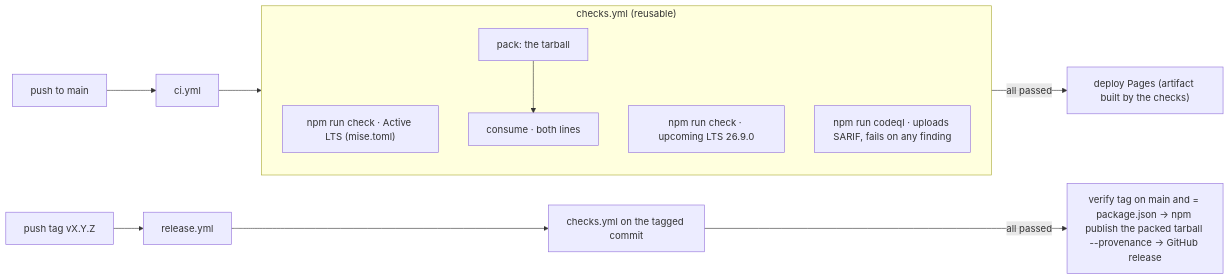
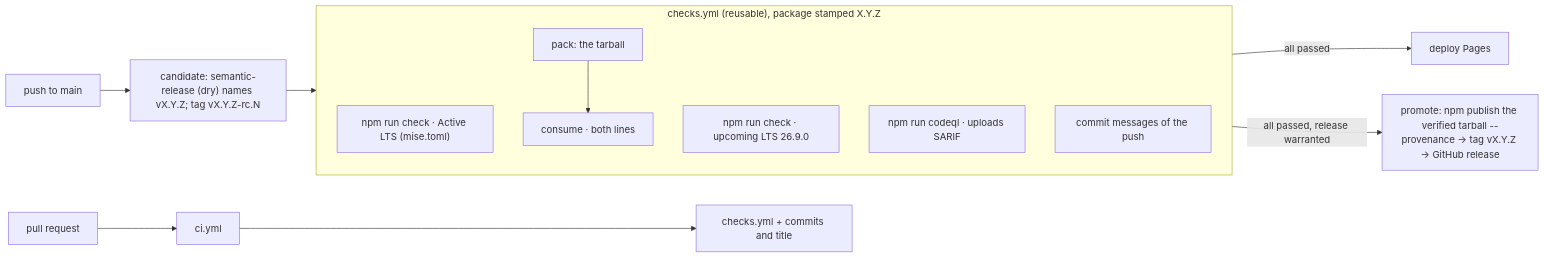
One commit to dotcarls/fence.js changed the diagram in docs/toolchain/release-process.md. Above: the diagram before and after it, drawn with Mermaid. The commit also changed other lines of this file and 38 other files, not shown here.

First line of the commit message:
ci: release from trunk with semantic-release and require Conventional Commits

````diff
--- a/docs/toolchain/release-process.md
+++ b/docs/toolchain/release-process.md
@@ -18,13 +23,15 @@
 ```mermaid
 flowchart LR
-    subgraph checks["checks.yml (reusable)"]
+    push["push to main"] --> cand["candidate: semantic-release (dry) names vX.Y.Z; tag vX.Y.Z-rc.N"]
+    cand --> checks
+    subgraph checks["checks.yml (reusable), package stamped X.Y.Z"]
         c1["npm run check · Active LTS (mise.toml)"]
         c2["npm run check · upcoming LTS 26.9.0"]
-        c5b["pack: the tarball"] --> c4["consume · both lines"]
-        c5["npm run codeql · uploads SARIF, fails on any finding"]
+        c3["pack: the tarball"] --> c4["consume · both lines"]
+        c5["npm run codeql · uploads SARIF"]
+        c6["commit messages of the push"]
     end
-    push["push to main"] --> ci["ci.yml"] --> checks
-    checks -->|all passed| pages["deploy Pages (artifact built by the checks)"]
-    tag["push tag vX.Y.Z"] --> rel["release.yml"] --> checks2["checks.yml on the tagged commit"]
-    checks2 -->|all passed| publish["verify tag on main and = package.json → npm publish the packed tarball --provenance → GitHub release"]
+    checks -->|all passed| pages["deploy Pages"]
+    checks -->|all passed, release warranted| promote["promote: npm publish the verified tarball --provenance → tag vX.Y.Z → GitHub release"]
+    pr["pull request"] --> ci["ci.yml"] --> checks2["checks.yml + commits and title"]
 ```
````
